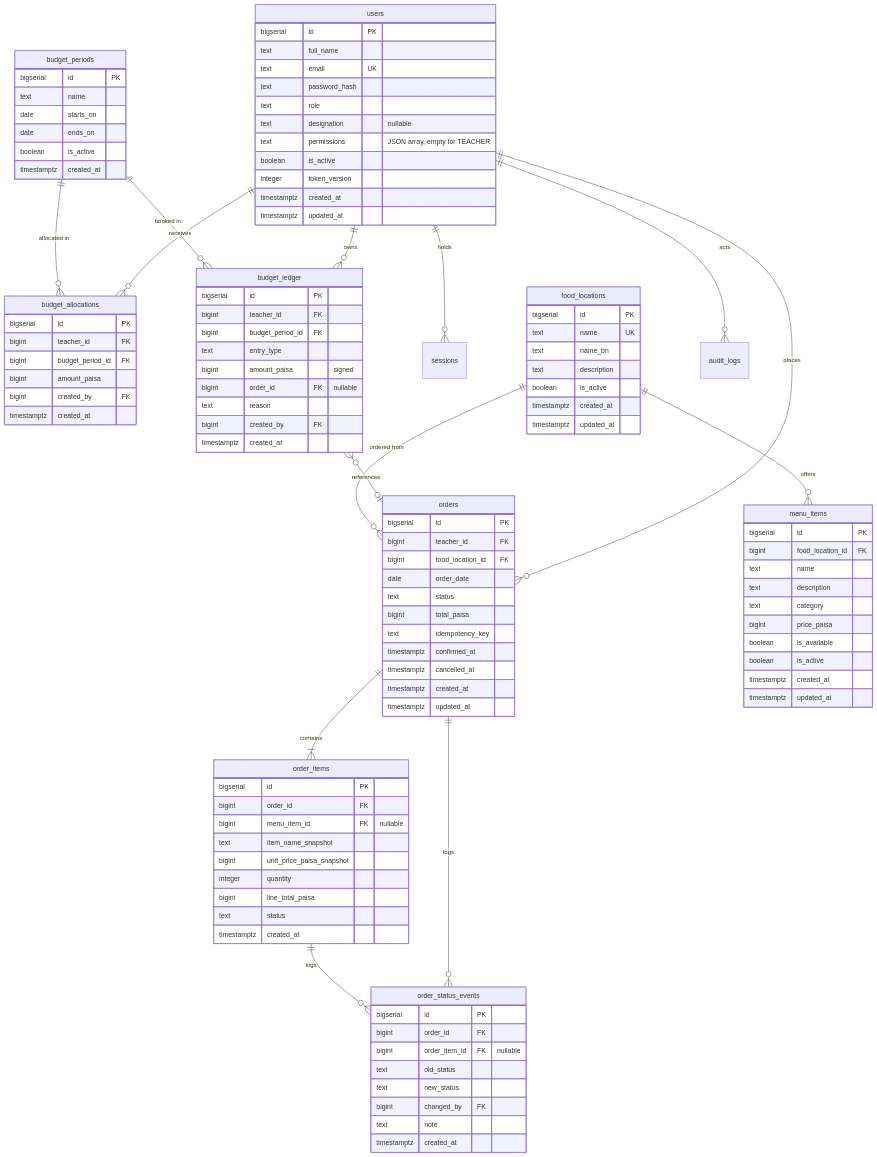
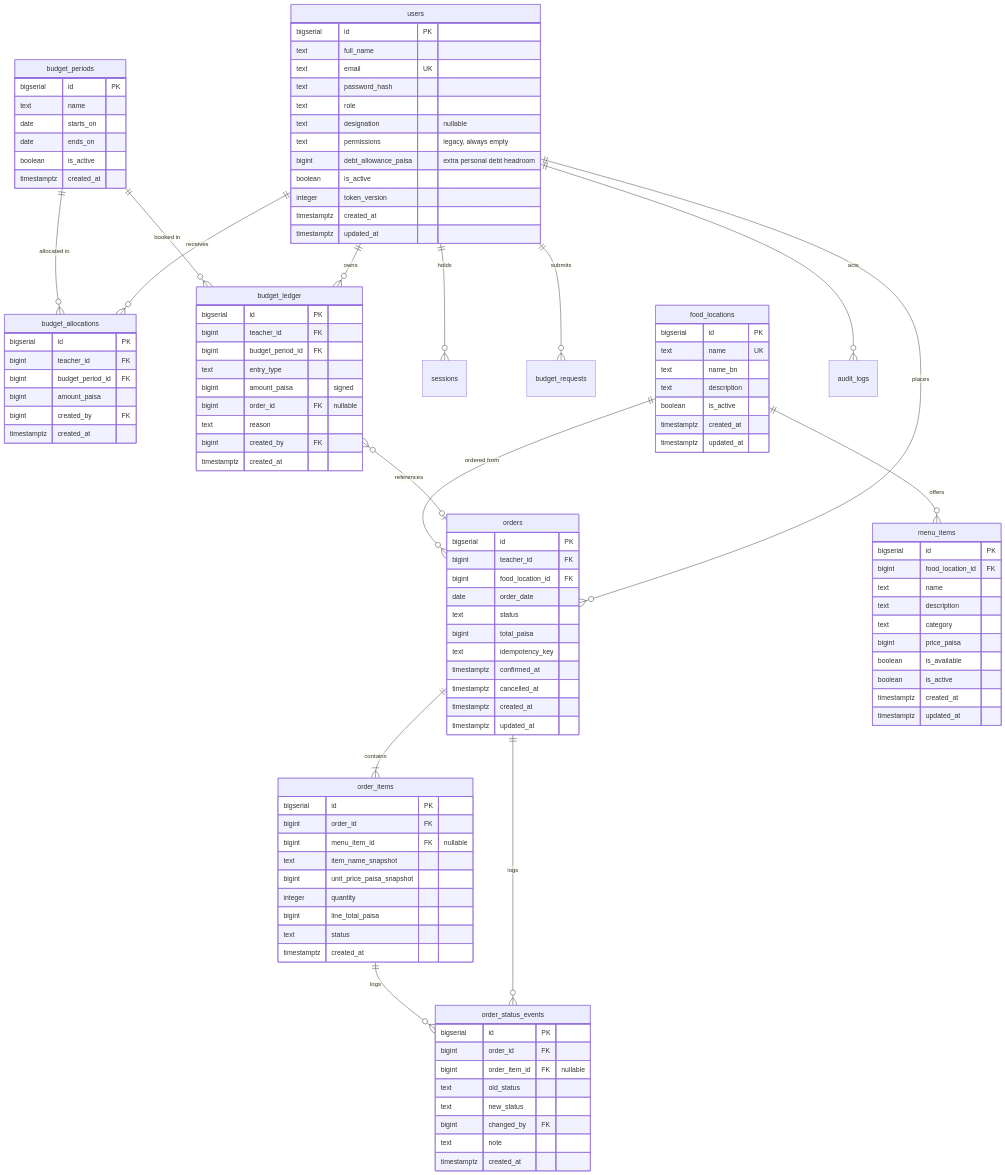
Before and after one commit to Dutta-Pushpa/ju-meal-management: the diagram in docs/database.md, drawn with Mermaid. The commit also changed other lines of this file and 57 other files, not shown here.

```diff
--- a/docs/database.md
+++ b/docs/database.md
@@ -25,6 +25,7 @@
     users ||--o{ budget_ledger : "owns"
     users ||--o{ orders : places
     users ||--o{ sessions : holds
+    users ||--o{ budget_requests : submits
     budget_periods ||--o{ budget_allocations : "allocated in"
     budget_periods ||--o{ budget_ledger : "booked in"
     budget_ledger }o--o| orders : references
@@ -42,7 +43,8 @@
         text password_hash
         text role
         text designation "nullable"
-        text permissions "JSON array, empty for TEACHER"
+        text permissions "legacy, always empty"
+        bigint debt_allowance_paisa "extra personal debt headroom"
         boolean is_active
         integer token_version
         timestamptz created_at
```
